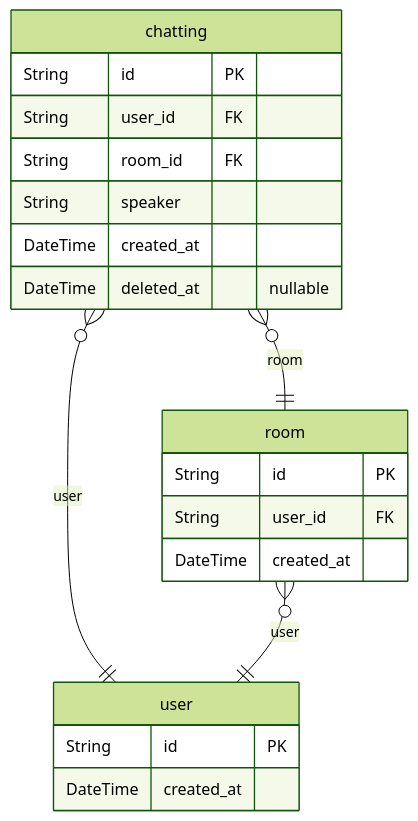
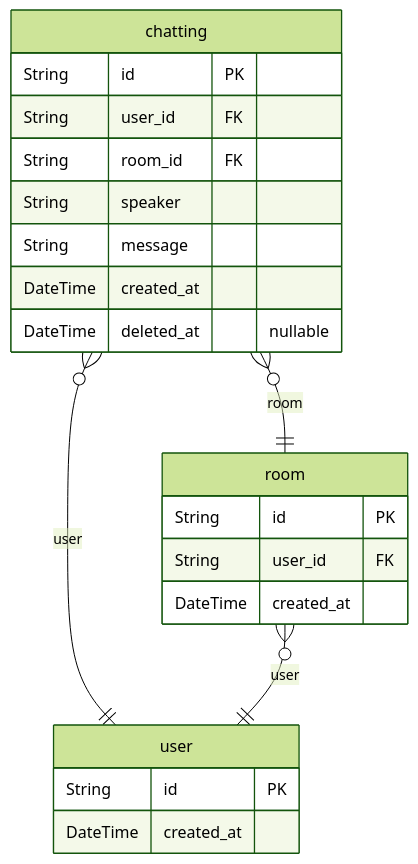
The second of 2 diagrams in prisma/docs/ERD.md (kakasoo/fake-wanted), drawn with Mermaid (forest theme) before and after one commit. The commit also changed other lines of this file and 1 other file, not shown here.

Commit message:
feat: message column 추가

````diff
--- a/prisma/docs/ERD.md
+++ b/prisma/docs/ERD.md
@@ -227,23 +227,24 @@
 ```mermaid
 erDiagram
 "chatting" {
   String id PK
   String user_id FK
   String room_id FK
   String speaker
+  String message
   DateTime created_at
   DateTime deleted_at "nullable"
 }
 "room" {
   String id PK
   String user_id FK
   DateTime created_at
 }
 "user" {
   String id PK
   DateTime created_at
 }
 "chatting" }o--|| "user" : user
 "chatting" }o--|| "room" : room
 "room" }o--|| "user" : user
 ```
````
